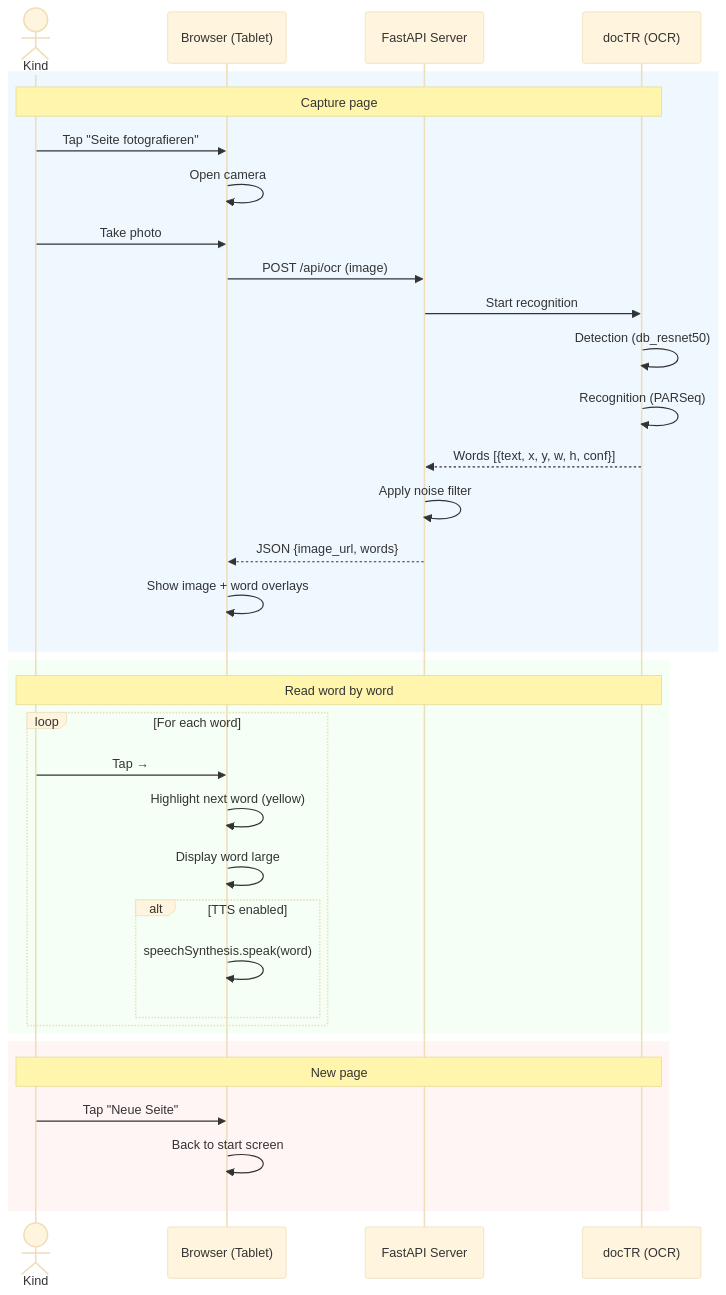
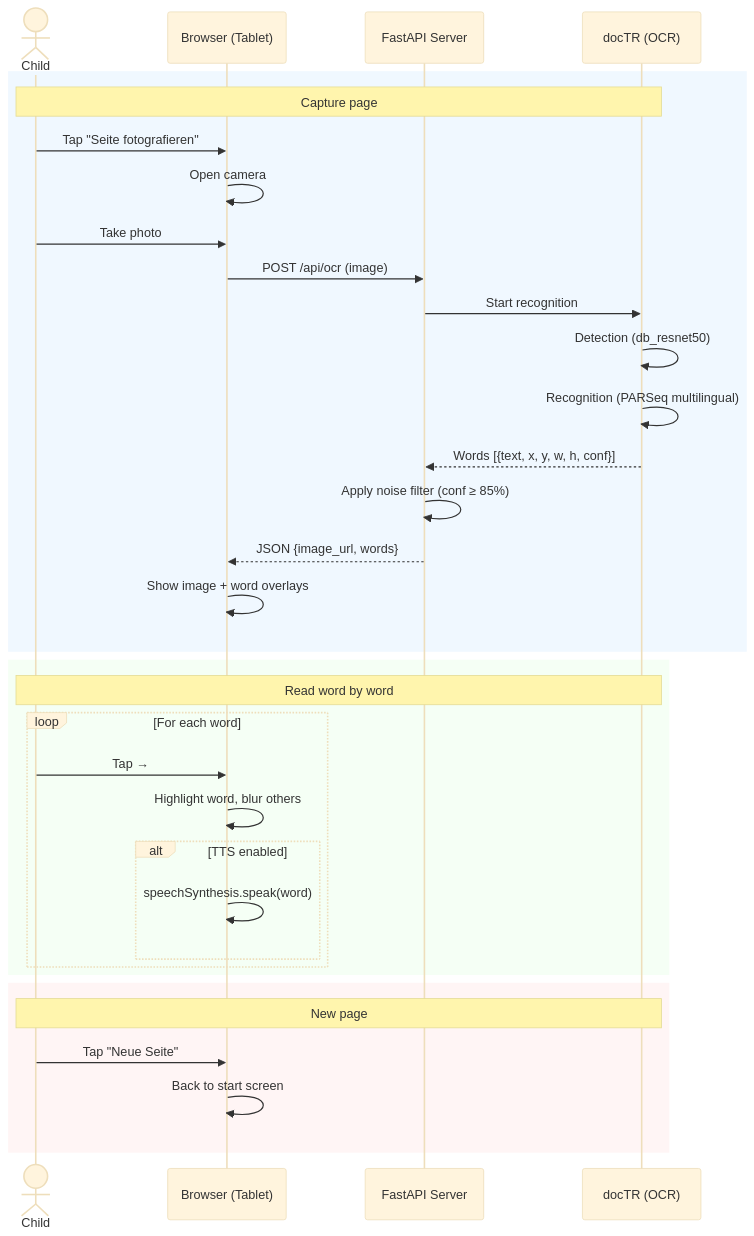
The diagram in README.md (schowave/focus-read), drawn with Mermaid (base theme) before and after one commit. The commit also changed other lines of this file and 3 other files, not shown here.

````diff
--- a/README.md
+++ b/README.md
@@ -45,40 +52,39 @@
 ```mermaid
 sequenceDiagram
-    actor Kind
+    actor Child
     participant Browser as Browser (Tablet)
     participant Server as FastAPI Server
     participant OCR as docTR (OCR)
 
     rect rgb(240, 248, 255)
-    Note over Kind, OCR: Capture page
-    Kind->>Browser: Tap "Seite fotografieren"
+    Note over Child, OCR: Capture page
+    Child->>Browser: Tap "Seite fotografieren"
     Browser->>Browser: Open camera
-    Kind->>Browser: Take photo
+    Child->>Browser: Take photo
     Browser->>Server: POST /api/ocr (image)
     Server->>OCR: Start recognition
     OCR->>OCR: Detection (db_resnet50)
-    OCR->>OCR: Recognition (PARSeq)
+    OCR->>OCR: Recognition (PARSeq multilingual)
     OCR-->>Server: Words [{text, x, y, w, h, conf}]
-    Server->>Server: Apply noise filter
+    Server->>Server: Apply noise filter (conf ≥ 85%)
     Server-->>Browser: JSON {image_url, words}
     Browser->>Browser: Show image + word overlays
     end
 
     rect rgb(245, 255, 245)
-    Note over Kind, OCR: Read word by word
+    Note over Child, OCR: Read word by word
     loop For each word
-        Kind->>Browser: Tap →
-        Browser->>Browser: Highlight next word (yellow)
-        Browser->>Browser: Display word large
+        Child->>Browser: Tap →
+        Browser->>Browser: Highlight word, blur others
         alt TTS enabled
             Browser->>Browser: speechSynthesis.speak(word)
         end
     end
     end
 
     rect rgb(255, 245, 245)
-    Note over Kind, OCR: New page
-    Kind->>Browser: Tap "Neue Seite"
+    Note over Child, OCR: New page
+    Child->>Browser: Tap "Neue Seite"
     Browser->>Browser: Back to start screen
     end
 ```
````
